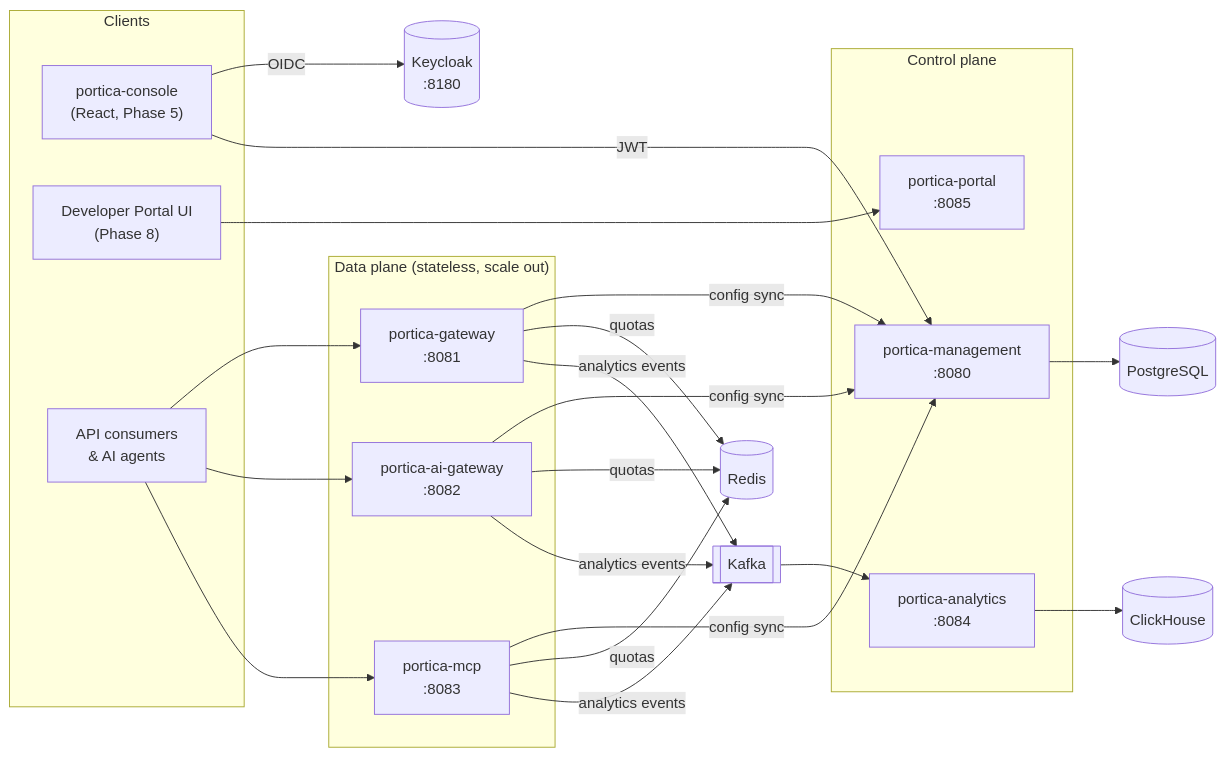
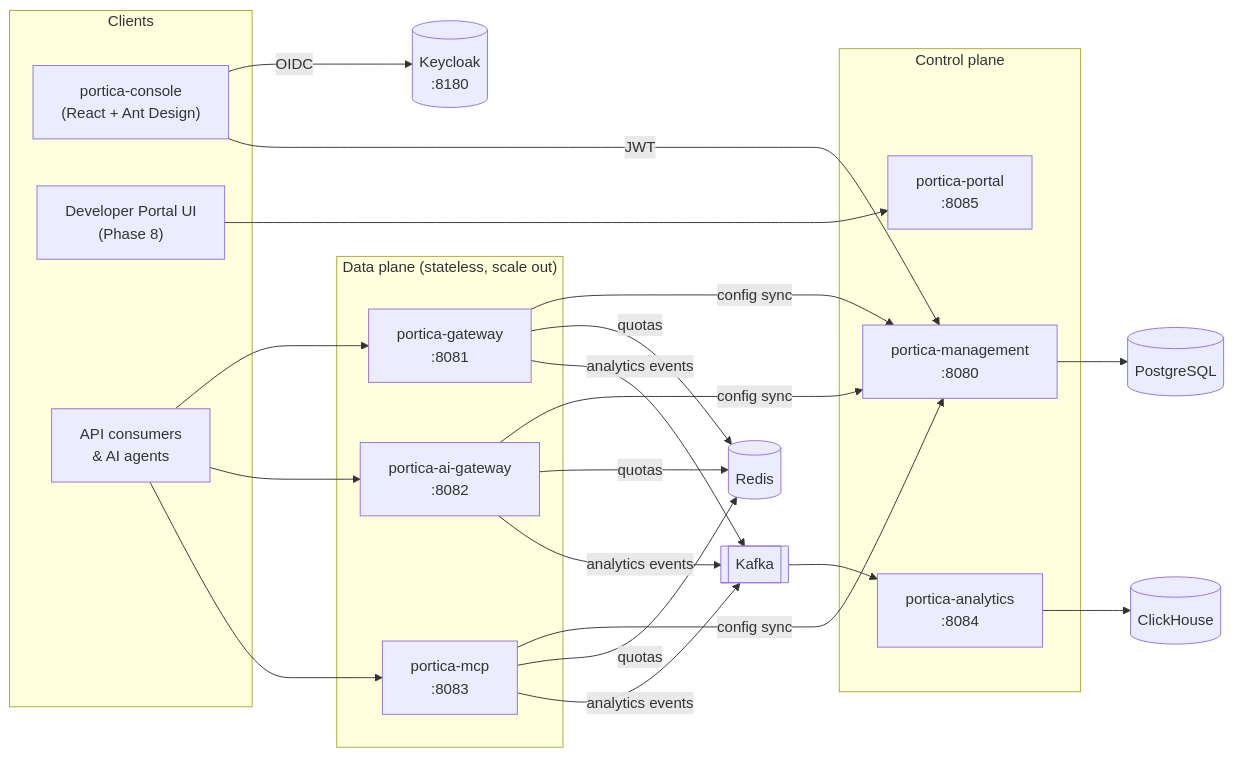
The first of 6 diagrams in README.md (BabujiR/portica), drawn with Mermaid before and after one commit. The commit also changed other lines of this file and 2 other files, not shown here.

Commit message:
Phase-5 Updated existing files

````diff
--- a/README.md
+++ b/README.md
@@ -16,35 +17,35 @@
 ```mermaid
 flowchart LR
     subgraph Clients
-        Console["portica-console<br/>(React, Phase 5)"]
+        Console["portica-console<br/>(React + Ant Design)"]
         Portal["Developer Portal UI<br/>(Phase 8)"]
         Apps["API consumers<br/>& AI agents"]
     end
 
     subgraph ControlPlane["Control plane"]
         Mgmt["portica-management<br/>:8080"]
         PortalApi["portica-portal<br/>:8085"]
         Analytics["portica-analytics<br/>:8084"]
     end
 
     subgraph DataPlane["Data plane (stateless, scale out)"]
         GW["portica-gateway<br/>:8081"]
         AIGW["portica-ai-gateway<br/>:8082"]
         MCP["portica-mcp<br/>:8083"]
     end
 
     KC[(Keycloak<br/>:8180)]
     PG[(PostgreSQL)]
     RD[(Redis)]
     KF[[Kafka]]
     CH[(ClickHouse)]
 
     Console -- OIDC --> KC
     Console -- JWT --> Mgmt
     Portal --> PortalApi
     Apps --> GW & AIGW & MCP
     Mgmt --> PG
     GW & AIGW & MCP -- config sync --> Mgmt
     GW & AIGW & MCP -- quotas --> RD
     GW & AIGW & MCP -- analytics events --> KF --> Analytics --> CH
 ```
````
